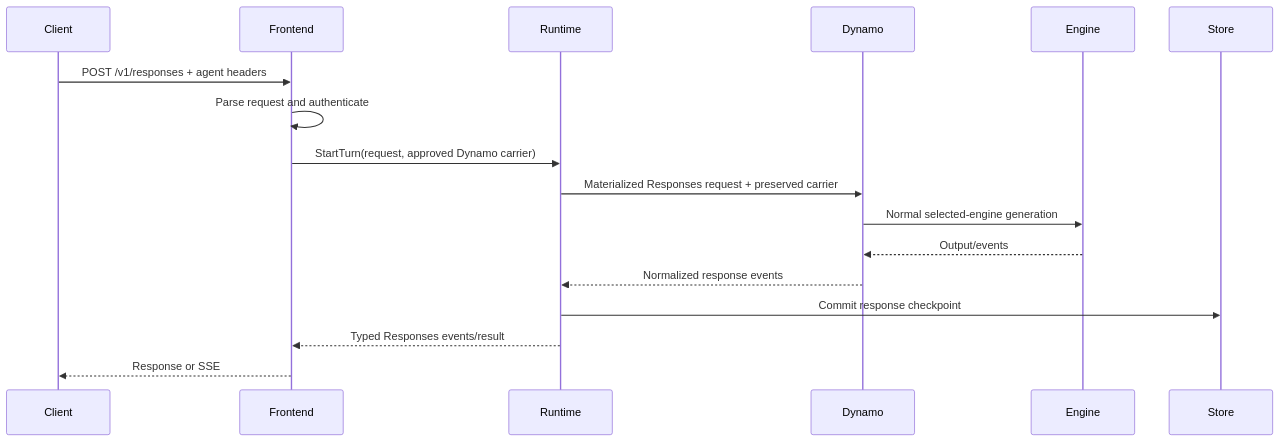
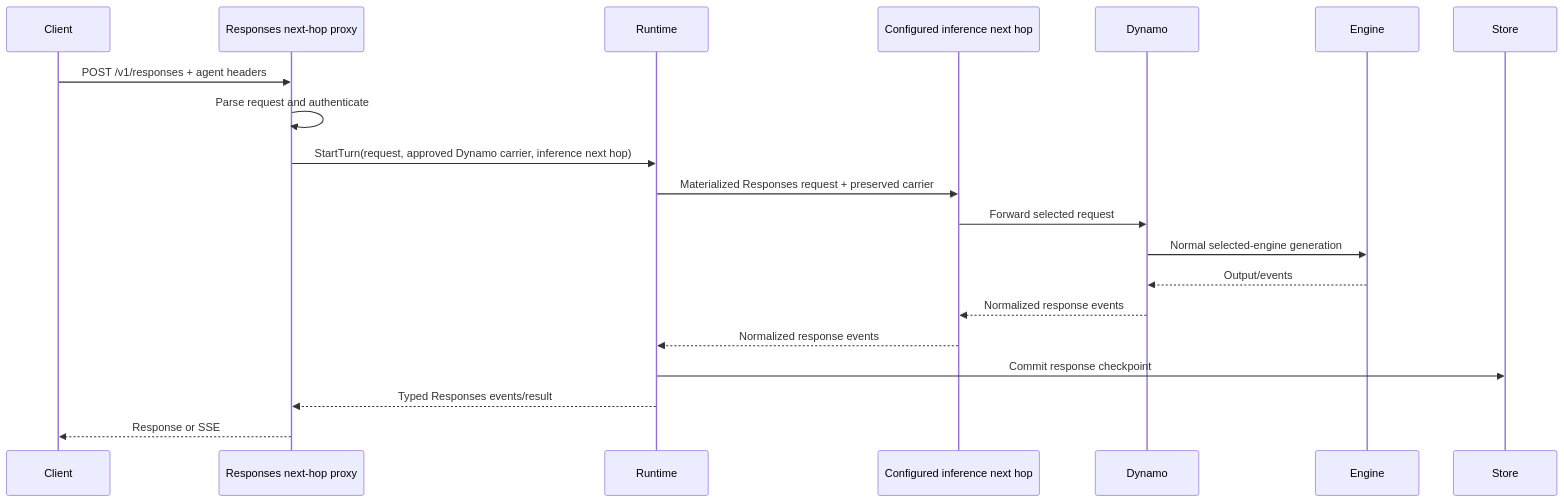
Before and after one commit to ai-dynamo/dynamo: the second of 3 diagrams in docs/design/stateful-agent-runtime.md, drawn with Mermaid. The commit also changed other lines of this file, not shown here.

Commit message:
docs: compose state runtime through next hop proxy

````diff
--- a/docs/design/stateful-agent-runtime.md
+++ b/docs/design/stateful-agent-runtime.md
@@ -101,20 +104,23 @@
 ```mermaid
 sequenceDiagram
   participant Client
-  participant Frontend
+  participant Proxy as Responses next-hop proxy
   participant Runtime
+  participant NextHop as Configured inference next hop
   participant Dynamo
   participant Engine
   participant Store
 
-  Client->>Frontend: POST /v1/responses + agent headers
-  Frontend->>Frontend: Parse request and authenticate
-  Frontend->>Runtime: StartTurn(request, approved Dynamo carrier)
-  Runtime->>Dynamo: Materialized Responses request + preserved carrier
+  Client->>Proxy: POST /v1/responses + agent headers
+  Proxy->>Proxy: Parse request and authenticate
+  Proxy->>Runtime: StartTurn(request, approved Dynamo carrier, inference next hop)
+  Runtime->>NextHop: Materialized Responses request + preserved carrier
+  NextHop->>Dynamo: Forward selected request
   Dynamo->>Engine: Normal selected-engine generation
   Engine-->>Dynamo: Output/events
-  Dynamo-->>Runtime: Normalized response events
+  Dynamo-->>NextHop: Normalized response events
+  NextHop-->>Runtime: Normalized response events
   Runtime->>Store: Commit response checkpoint
-  Runtime-->>Frontend: Typed Responses events/result
-  Frontend-->>Client: Response or SSE
+  Runtime-->>Proxy: Typed Responses events/result
+  Proxy-->>Client: Response or SSE
 ```
````
